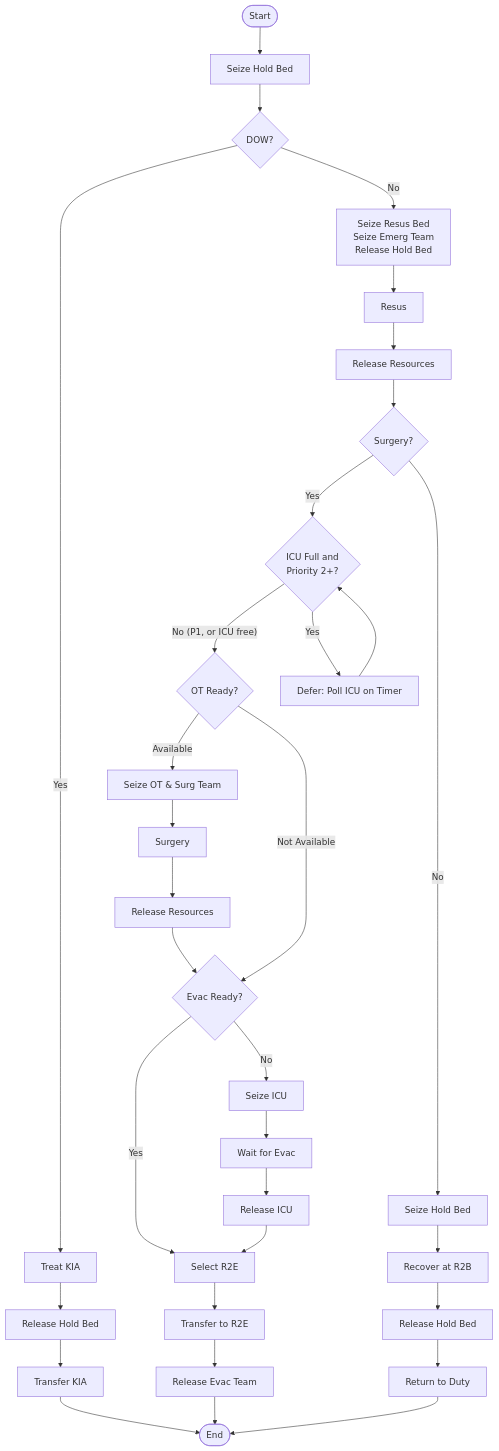
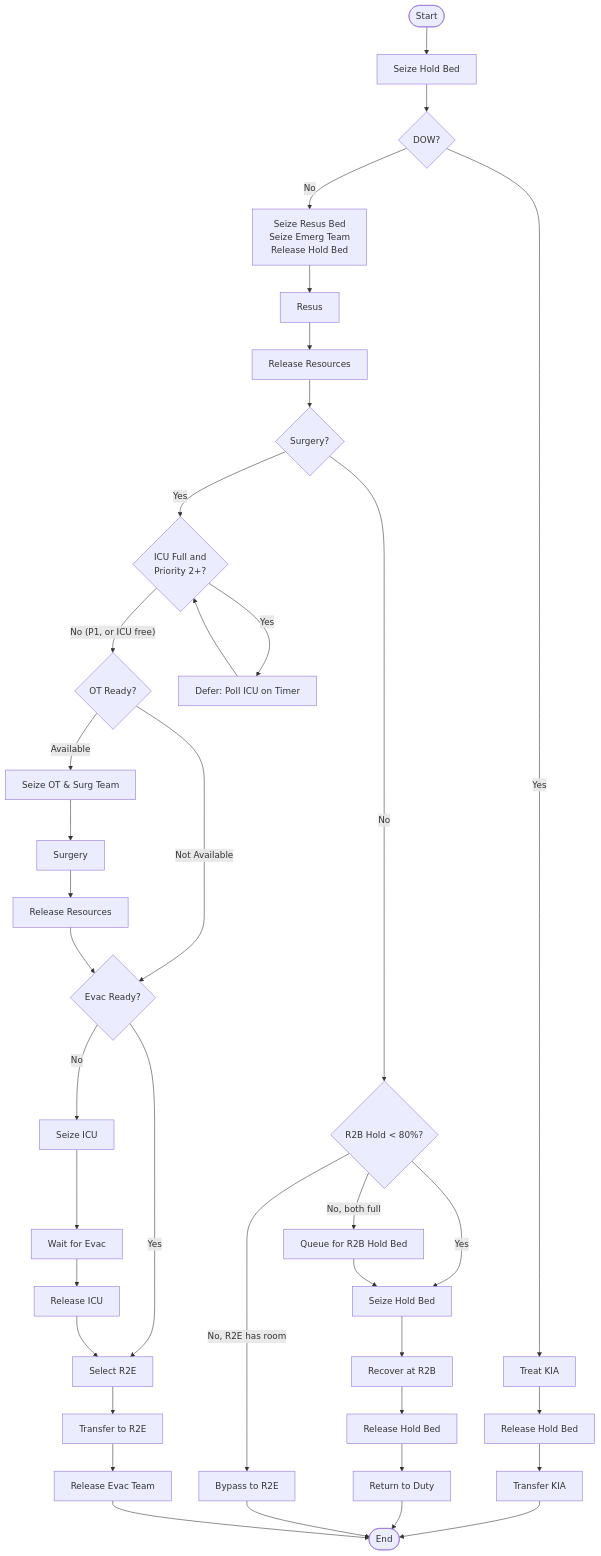
Before and after one commit to natosys/Battlefield-Casualty-Handling: the third of 4 diagrams in README.md, drawn with Mermaid. The commit also changed other lines of this file, not shown here.

Commit message:
docs(issue-113): document the R2B holding-bed branch, which prose and diagram both omitted
The no-surgery path is a three-way branch in R/trajectories.R, and both
the narrative and the Mermaid diagram showed only the first arm.

Branch 2a seizes an R2B hold bed and recovers. Branch 2b bypasses to R2E
when no R2B team is below the occupancy threshold but R2E has holding
capacity. Branch 2c queues for an R2B bed when both are full, subject to
a proportional cap. The section previously reduced all three to "move to
a holding bed and recover", which reads as unconditional.

The 80% occupancy threshold governing team selection was also undocumented
here, despite being a screened Policy parameter that appears in the
Configure panel as the R2B Hold-Bed Reroute Threshold. It reserves
headroom for new arrivals rather than letting long-stay patients fill the
unit, and routes to R2E when no team qualifies.

The style rules require every major branch() arm to appear in the
diagram. It now shows the occupancy check and all three outcomes.

````diff
--- a/README.md
+++ b/README.md
@@ -1538,35 +1538,40 @@
 ```mermaid
 flowchart TD
     A(["Start"]) --> B["Seize Hold Bed"]
     B --> C{"DOW?"}
     C -- Yes --> D["Treat KIA"]
     D --> E["Release Hold Bed"]
     E --> F["Transfer KIA"]
     F --> Z(["End"])
     C -- No --> G["Seize Resus Bed <br> Seize Emerg Team <br> Release Hold Bed"]
     G --> H["Resus"]
     H --> I["Release Resources"]
     I --> J{"Surgery?"}
     J -- Yes --> K0{"ICU Full and<br>Priority 2+?"}
     K0 -- "No (P1, or ICU free)" --> K{"OT Ready?"}
     K0 -- Yes --> KD["Defer: Poll ICU on Timer"]
     KD --> K0
     K -- Available --> L["Seize OT & Surg Team"]
     L --> M["Surgery"]
     M --> N["Release Resources"]
     K -- Not Available --> O{"Evac Ready?"}
-    J -- No --> P["Seize Hold Bed"]
+    J -- No --> P0{"R2B Hold < 80%?"}
+    P0 -- Yes --> P["Seize Hold Bed"]
     P --> Q["Recover at R2B"]
     Q --> R["Release Hold Bed"]
     R --> S["Return to Duty"]
     S --> Z
+    P0 -- "No, R2E has room" --> PB["Bypass to R2E"]
+    PB --> Z
+    P0 -- "No, both full" --> PC["Queue for R2B Hold Bed"]
+    PC --> P
     N --> O
     O -- Yes --> T["Select R2E"]
     T --> U["Transfer to R2E"]
     U --> V["Release Evac Team"]
     V --> Z
     O -- No --> W["Seize ICU"]
     W --> X["Wait for Evac"]
     X --> Y["Release ICU"]
     Y --> T
 ```
````
